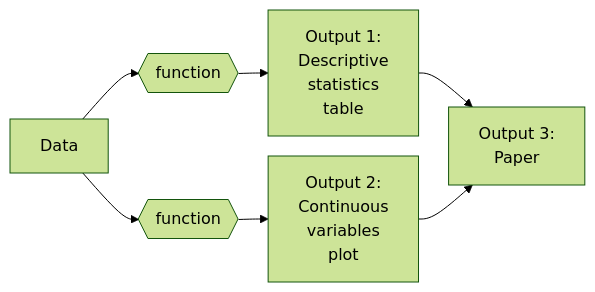
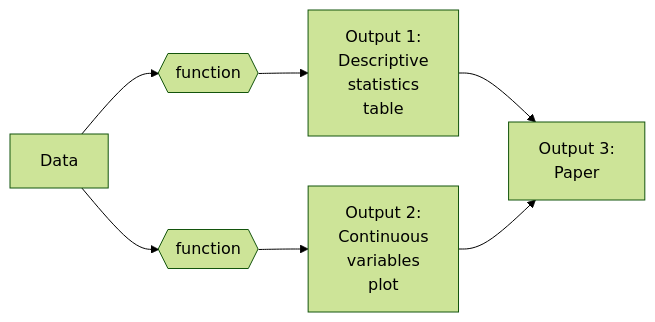
One commit to rostools/r-cubed-advanced changed the diagram in sessions/pipelines.qmd. Above: the diagram before and after it, drawn with Mermaid (forest theme). The commit also changed 2 other files, not shown here.

Commit message:
style: :fire: don't need these Mermaid settings anymore

````diff
--- a/sessions/pipelines.qmd
+++ b/sessions/pipelines.qmd
@@ -162,14 +162,13 @@
 ```{mermaid fig-pipeline-schematic}
 %%| label: fig-pipeline-schematic
 %%| fig-cap: Very simple flow chart of steps in an analysis pipeline.
 %%| echo: false
 %%| eval: true
-%%{init:{'flowchart':{'nodeSpacing': 20, 'rankSpacing':30}}}%%
 graph LR
     data[Data] --> fn_desc{{function}} 
     fn_desc --> tab_desc[Output 1:<br>Descriptive<br>statistics<br>table]
     tab_desc --> paper[Output 3:<br>Paper]
     data --> fn_plot_vars{{function}}
     fn_plot_vars{{function}} --> plot_distrib[Output 2:<br>Continuous<br>variables<br>plot]
     plot_distrib --> paper
 ```
````
